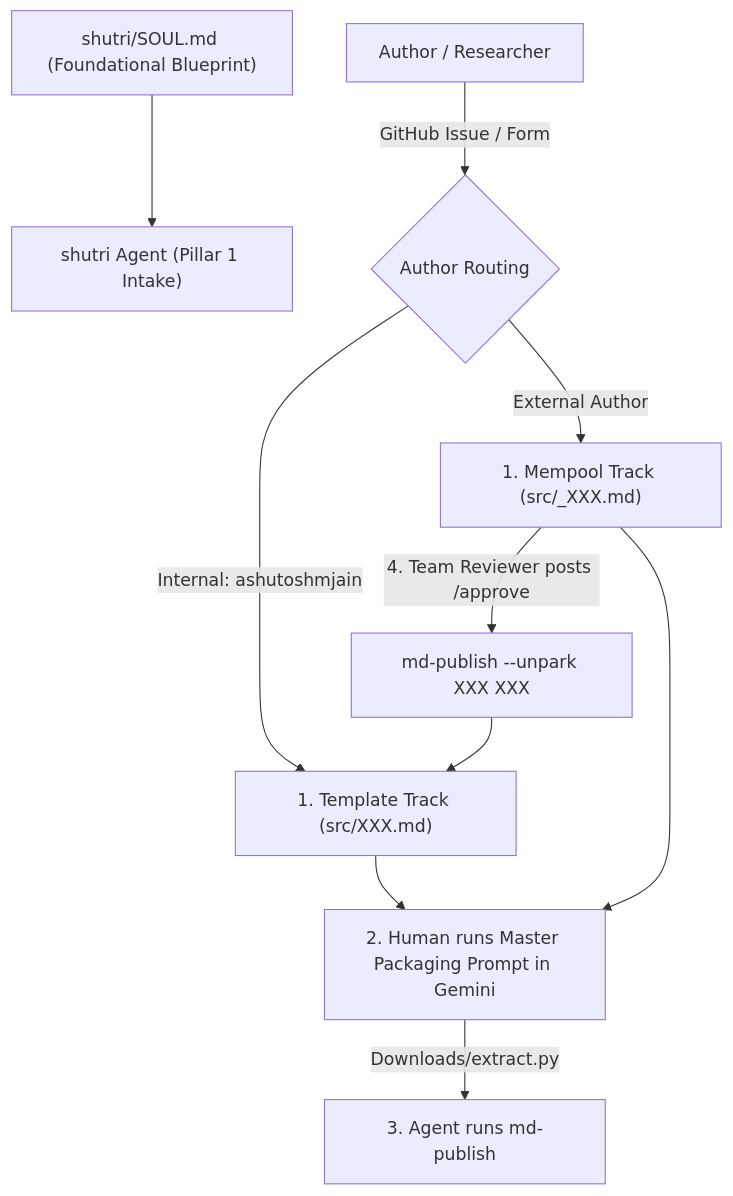
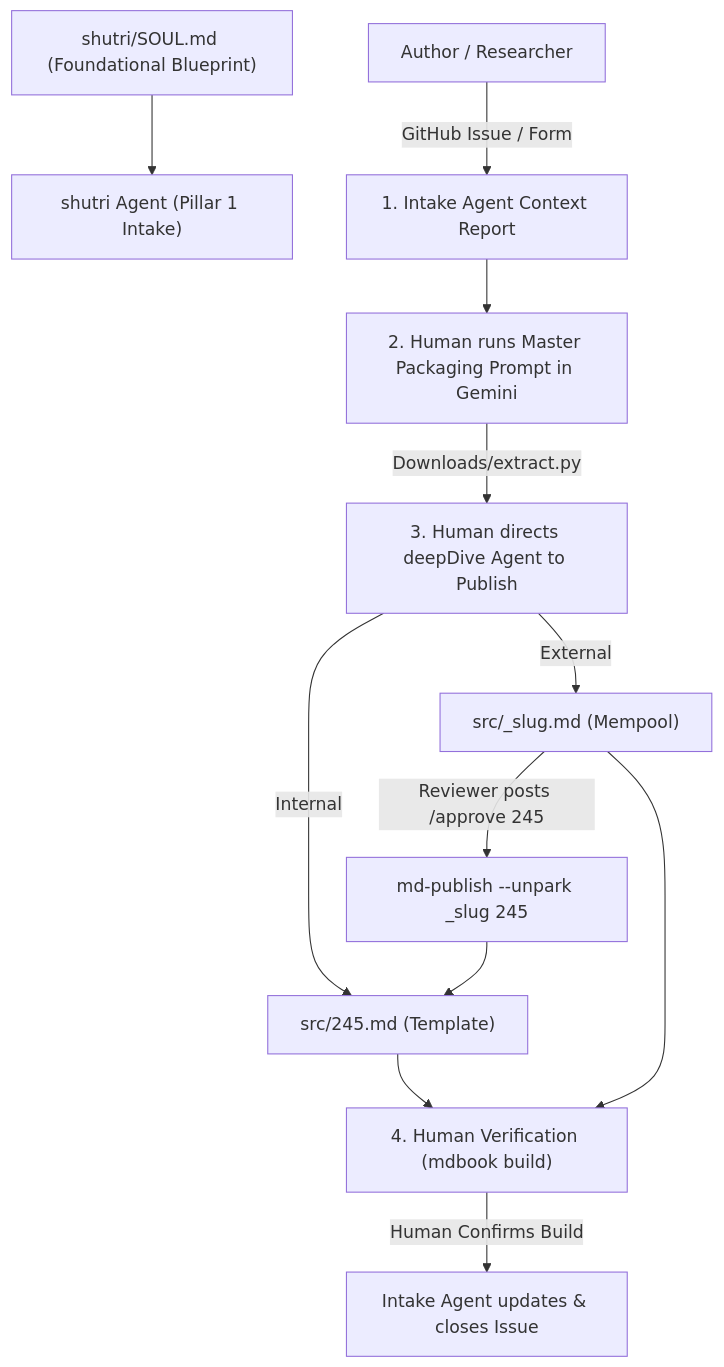
One commit to ashutoshmjain/shutri changed the diagram in AGENTS.md. Above: the diagram before and after it, drawn with Mermaid. The commit also changed other lines of this file and 2 other files, not shown here.

Commit message:
docs(workflow): refine mempool unnumbered slug rules and human-agent verification handshake

````diff
--- a/AGENTS.md
+++ b/AGENTS.md
@@ -13,12 +13,14 @@
 ```mermaid
 graph TD
     SOUL["shutri/SOUL.md (Foundational Blueprint)"] --> Shutri["shutri Agent (Pillar 1 Intake)"]
-    Submitter["Author / Researcher"] -->|GitHub Issue / Form| Check{"Author Routing"}
-    Check -->|Internal: ashutoshmjain| Template["1. Template Track (src/XXX.md)"]
-    Check -->|External Author| Mempool["1. Mempool Track (src/_XXX.md)"]
-    Template --> H2["2. Human runs Master Packaging Prompt in Gemini"]
-    Mempool --> H2
-    H2 -->|Downloads/extract.py| CLI["3. Agent runs md-publish"]
-    Mempool -->|4. Team Reviewer posts /approve| Promote["md-publish --unpark XXX XXX"]
+    Submitter["Author / Researcher"] -->|GitHub Issue / Form| Report["1. Intake Agent Context Report"]
+    Report --> H2["2. Human runs Master Packaging Prompt in Gemini"]
+    H2 -->|Downloads/extract.py| Handshake["3. Human directs deepDive Agent to Publish"]
+    Handshake -->|Internal| Template["src/245.md (Template)"]
+    Handshake -->|External| Mempool["src/_slug.md (Mempool)"]
+    Template --> Verify["4. Human Verification (mdbook build)"]
+    Mempool --> Verify
+    Verify -->|Human Confirms Build| CloseIssue["Intake Agent updates & closes Issue"]
+    Mempool -->|Reviewer posts /approve 245| Promote["md-publish --unpark _slug 245"]
     Promote --> Template
 ```
````
